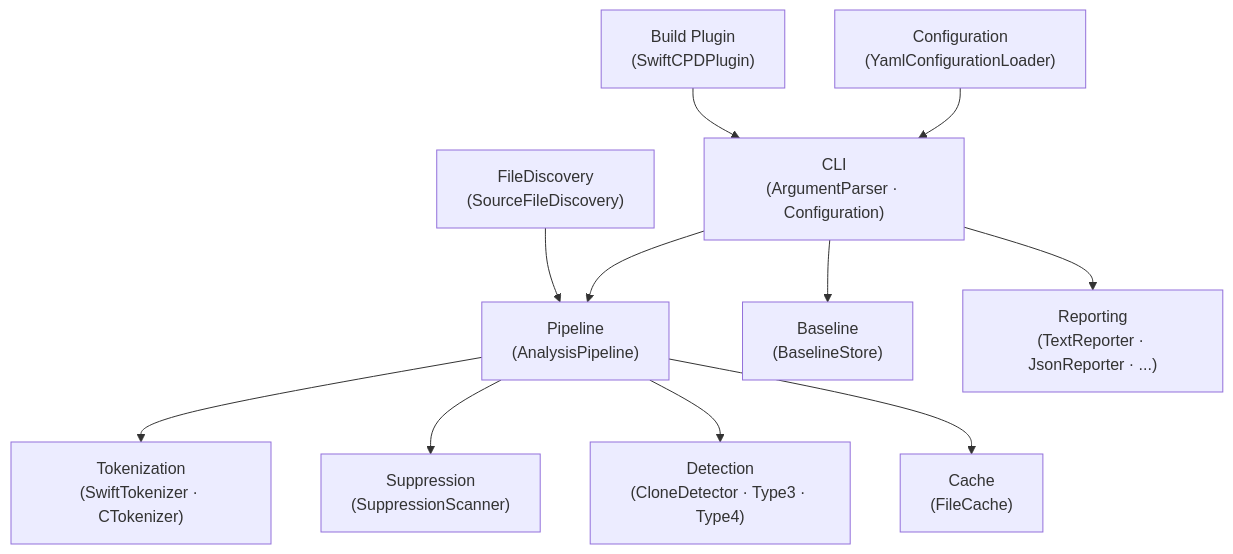
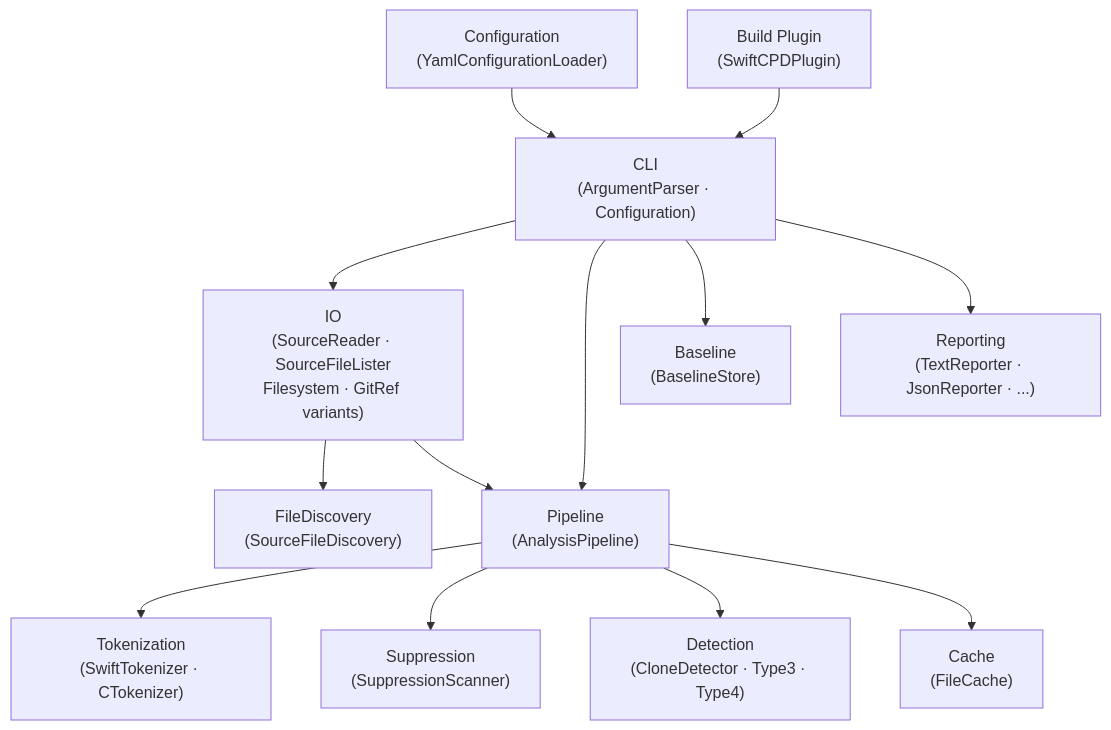
Before and after one commit to ericodx/swift-cpd: the first of 2 diagrams in Docs/Architecture/01-overview.md, drawn with Mermaid. The commit also changed other lines of this file, not shown here.

Commit message:
docs: Architecture/01-overview adds IO module and sourceRef branch in flow

````diff
--- a/Docs/Architecture/01-overview.md
+++ b/Docs/Architecture/01-overview.md
@@ -15,25 +15,28 @@
 ```mermaid
 graph TD
     CLI["CLI<br/>(ArgumentParser · Configuration)"]
     YAML["Configuration<br/>(YamlConfigurationLoader)"]
     DISC["FileDiscovery<br/>(SourceFileDiscovery)"]
+    IO["IO<br/>(SourceReader · SourceFileLister<br/>Filesystem · GitRef variants)"]
     PIPE["Pipeline<br/>(AnalysisPipeline)"]
     TOK["Tokenization<br/>(SwiftTokenizer · CTokenizer)"]
     SUP["Suppression<br/>(SuppressionScanner)"]
     DET["Detection<br/>(CloneDetector · Type3 · Type4)"]
     CACHE["Cache<br/>(FileCache)"]
     BASE["Baseline<br/>(BaselineStore)"]
     REP["Reporting<br/>(TextReporter · JsonReporter · ...)"]
     PLUGIN["Build Plugin<br/>(SwiftCPDPlugin)"]
 
+    CLI --> IO
     CLI --> PIPE
     YAML --> CLI
-    DISC --> PIPE
+    IO --> DISC
+    IO --> PIPE
     PIPE --> TOK
     PIPE --> SUP
     PIPE --> DET
     PIPE --> CACHE
     CLI --> BASE
     CLI --> REP
     PLUGIN --> CLI
 ```
````
